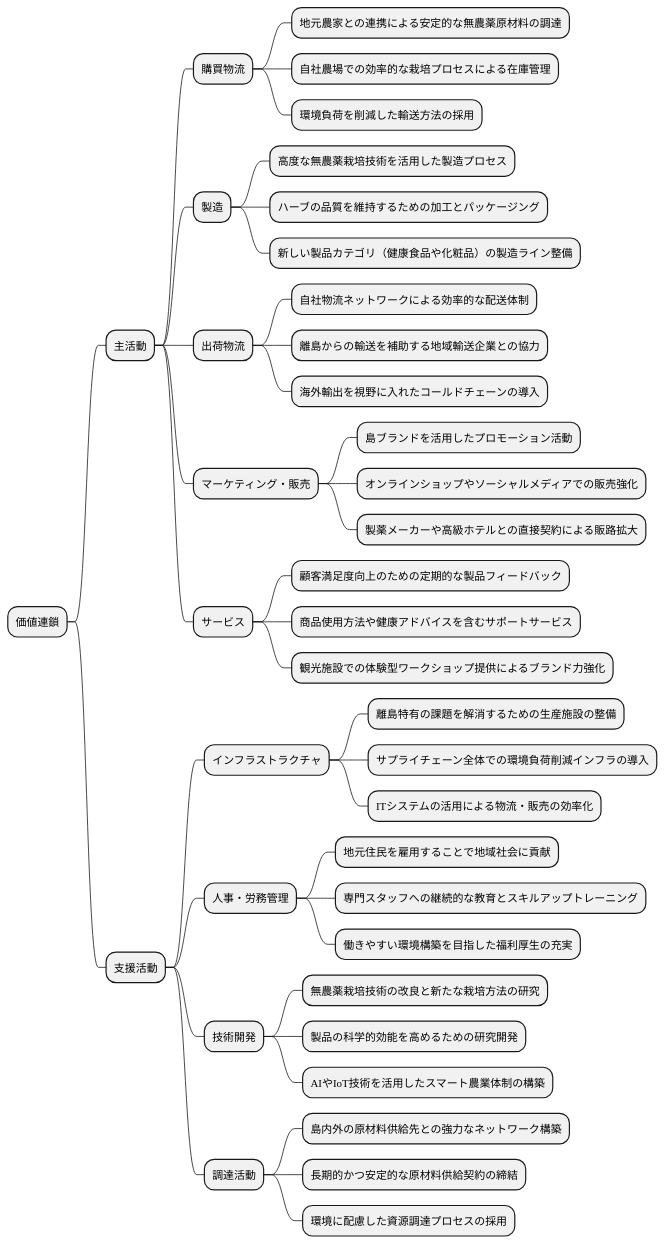
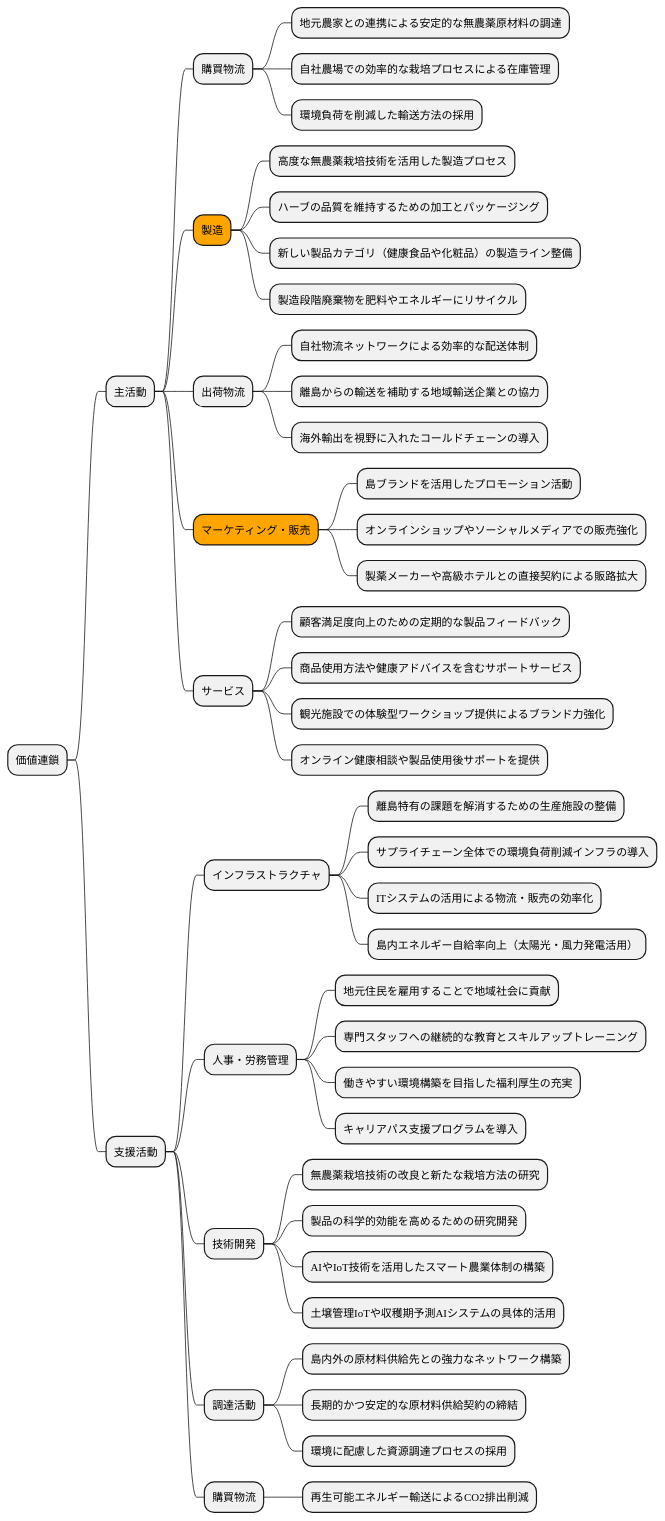
Before and after one commit to k2works/case-study-business-analysis: the tenth of 19 diagrams in docs/case/r02_case_2.adoc, drawn with PlantUML. The commit also changed other lines of this file, not shown here.

```diff
--- a/docs/case/r02_case_2.adoc
+++ b/docs/case/r02_case_2.adoc
@@ -378,46 +416,53 @@
 [plantuml]
 ----
 @startmindmap
 
 * 価値連鎖
 ** 主活動
 *** 購買物流
 **** 地元農家との連携による安定的な無農薬原材料の調達
 **** 自社農場での効率的な栽培プロセスによる在庫管理
 **** 環境負荷を削減した輸送方法の採用
-*** 製造
+***[#orange] 製造
 **** 高度な無農薬栽培技術を活用した製造プロセス
 **** ハーブの品質を維持するための加工とパッケージング
 **** 新しい製品カテゴリ（健康食品や化粧品）の製造ライン整備
+**** 製造段階廃棄物を肥料やエネルギーにリサイクル
 *** 出荷物流
 **** 自社物流ネットワークによる効率的な配送体制
 **** 離島からの輸送を補助する地域輸送企業との協力
 **** 海外輸出を視野に入れたコールドチェーンの導入
-*** マーケティング・販売
+***[#orange] マーケティング・販売
 **** 島ブランドを活用したプロモーション活動
 **** オンラインショップやソーシャルメディアでの販売強化
 **** 製薬メーカーや高級ホテルとの直接契約による販路拡大
 *** サービス
 **** 顧客満足度向上のための定期的な製品フィードバック
 **** 商品使用方法や健康アドバイスを含むサポートサービス
 **** 観光施設での体験型ワークショップ提供によるブランド力強化
+**** オンライン健康相談や製品使用後サポートを提供
 ** 支援活動
 *** インフラストラクチャ
 **** 離島特有の課題を解消するための生産施設の整備
 **** サプライチェーン全体での環境負荷削減インフラの導入
 **** ITシステムの活用による物流・販売の効率化
+**** 島内エネルギー自給率向上（太陽光・風力発電活用）
 *** 人事・労務管理
 **** 地元住民を雇用することで地域社会に貢献
 **** 専門スタッフへの継続的な教育とスキルアップトレーニング
 **** 働きやすい環境構築を目指した福利厚生の充実
+**** キャリアパス支援プログラムを導入
 *** 技術開発
 **** 無農薬栽培技術の改良と新たな栽培方法の研究
 **** 製品の科学的効能を高めるための研究開発
 **** AIやIoT技術を活用したスマート農業体制の構築
+**** 土壌管理IoTや収穫期予測AIシステムの具体的活用
 *** 調達活動
 **** 島内外の原材料供給先との強力なネットワーク構築
 **** 長期的かつ安定的な原材料供給契約の締結
 **** 環境に配慮した資源調達プロセスの採用
+*** 購買物流
+**** 再生可能エネルギー輸送によるCO2排出削減
 
-@endmindmapp
+@endmindmap
 ----
```
